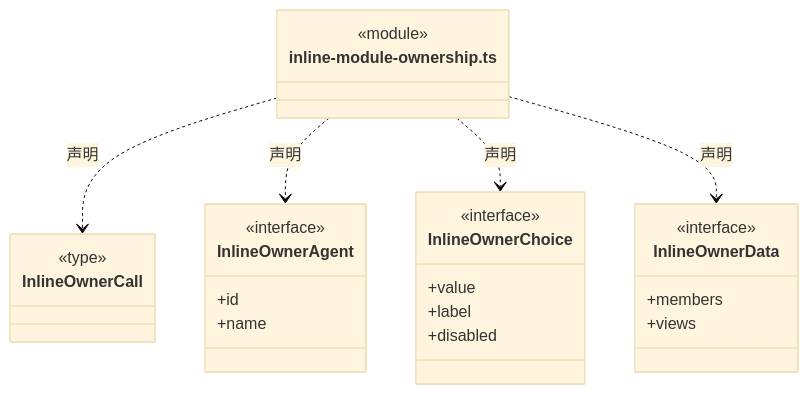
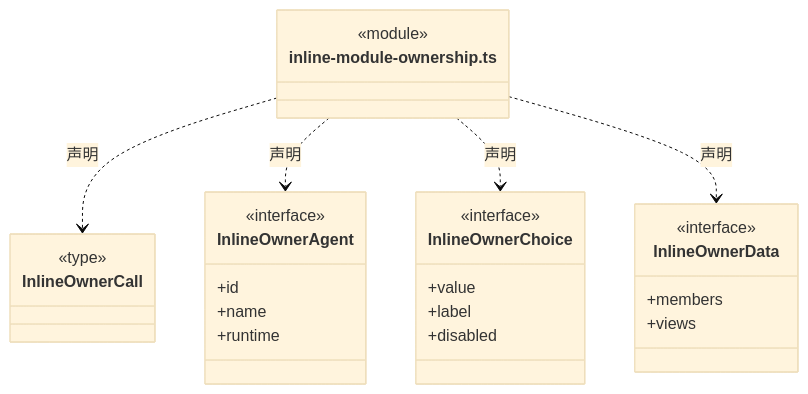
Before and after one commit to nan023062/cbim: the second of 18 diagrams in src/frontend/workspace/ARCHITECTURE.md, drawn with Mermaid (base theme). The commit also changed other lines of this file and 216 other files, not shown here.

````diff
--- a/src/frontend/workspace/ARCHITECTURE.md
+++ b/src/frontend/workspace/ARCHITECTURE.md
@@ -37,30 +37,31 @@
 ```mermaid
 classDiagram
 class N_src_frontend_workspace_inline_module_ownership_ts["inline-module-ownership.ts"] {
   <<module>>
 }
 class N_src_frontend_workspace_inline_module_ownership_ts_InlineOwnerCall["InlineOwnerCall"] {
   <<type>>
 
 }
 N_src_frontend_workspace_inline_module_ownership_ts ..> N_src_frontend_workspace_inline_module_ownership_ts_InlineOwnerCall : 声明
 class N_src_frontend_workspace_inline_module_ownership_ts_InlineOwnerAgent["InlineOwnerAgent"] {
   <<interface>>
   +id
   +name
+  +runtime
 }
 N_src_frontend_workspace_inline_module_ownership_ts ..> N_src_frontend_workspace_inline_module_ownership_ts_InlineOwnerAgent : 声明
 class N_src_frontend_workspace_inline_module_ownership_ts_InlineOwnerChoice["InlineOwnerChoice"] {
   <<interface>>
   +value
   +label
   +disabled
 }
 N_src_frontend_workspace_inline_module_ownership_ts ..> N_src_frontend_workspace_inline_module_ownership_ts_InlineOwnerChoice : 声明
 class N_src_frontend_workspace_inline_module_ownership_ts_InlineOwnerData["InlineOwnerData"] {
   <<interface>>
   +members
   +views
 }
 N_src_frontend_workspace_inline_module_ownership_ts ..> N_src_frontend_workspace_inline_module_ownership_ts_InlineOwnerData : 声明
 ```
````
